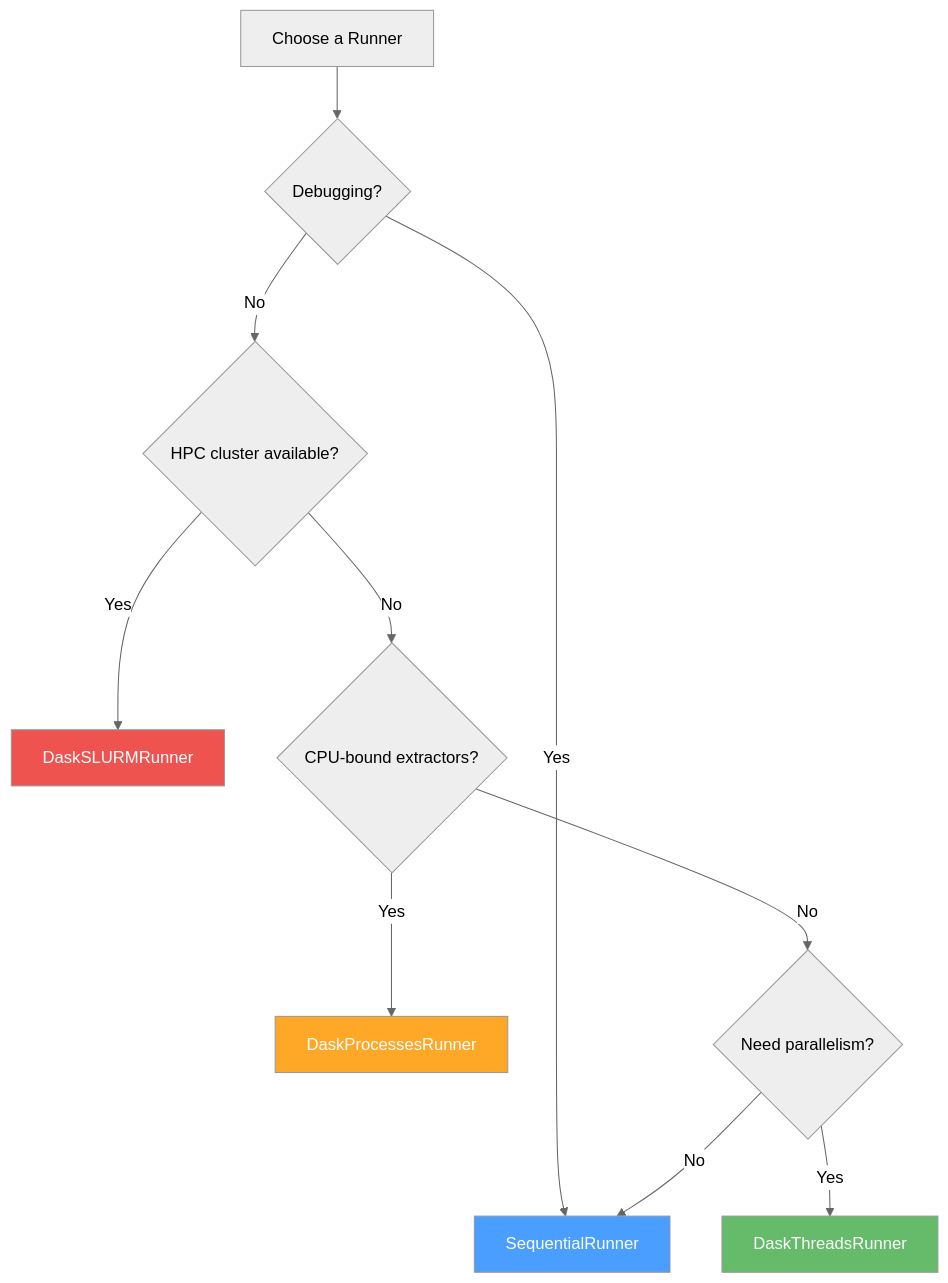
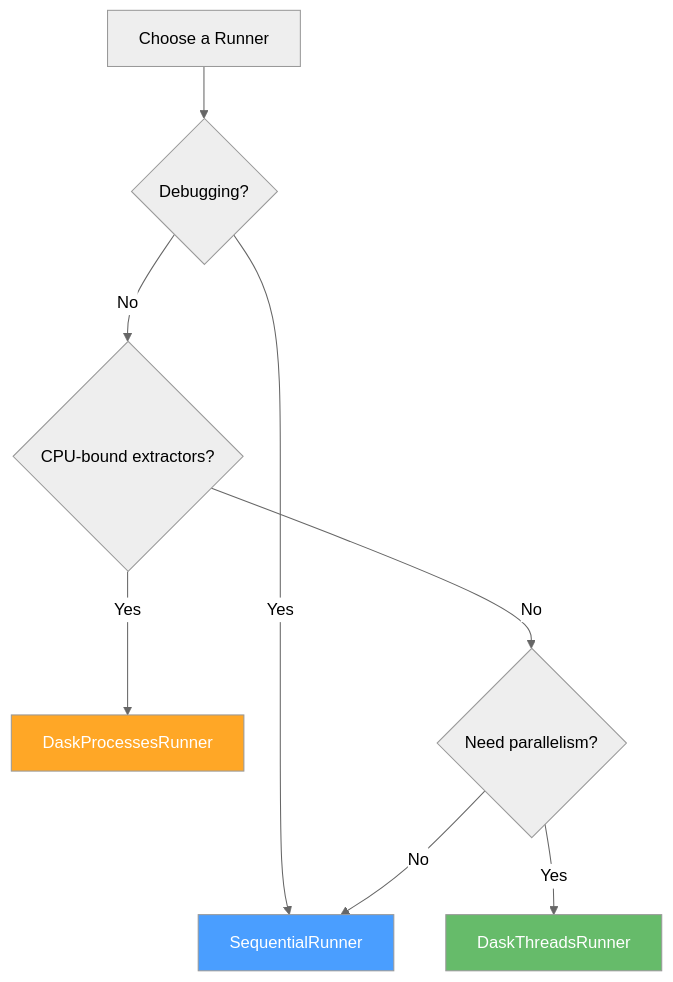
One commit to quatrope/hyppo changed the diagram in docs/source/api/runner/comparison.rst. Above: the diagram before and after it, drawn with Mermaid (neutral theme). The commit also changed other lines of this file and 28 other files, not shown here.

First line of the commit message:
improve test quality: add regression tests, fix exceptions, remove DaskSLURMRunner refs

```diff
--- a/docs/source/api/runner/comparison.rst
+++ b/docs/source/api/runner/comparison.rst
@@ -148,17 +120,14 @@
 .. mermaid::
 
    flowchart TD
        Start["Choose a Runner"] --> Q1{"Debugging?"}
        Q1 -->|Yes| SEQ["SequentialRunner"]
-       Q1 -->|No| Q2{"HPC cluster available?"}
-       Q2 -->|Yes| SLURM["DaskSLURMRunner"]
-       Q2 -->|No| Q3{"CPU-bound extractors?"}
+       Q1 -->|No| Q3{"CPU-bound extractors?"}
        Q3 -->|Yes| PROC["DaskProcessesRunner"]
        Q3 -->|No| Q4{"Need parallelism?"}
        Q4 -->|Yes| THREAD["DaskThreadsRunner"]
        Q4 -->|No| SEQ
 
        style SEQ fill:#4a9eff,color:#fff
        style THREAD fill:#66bb6a,color:#fff
        style PROC fill:#ffa726,color:#fff
-       style SLURM fill:#ef5350,color:#fff
```
